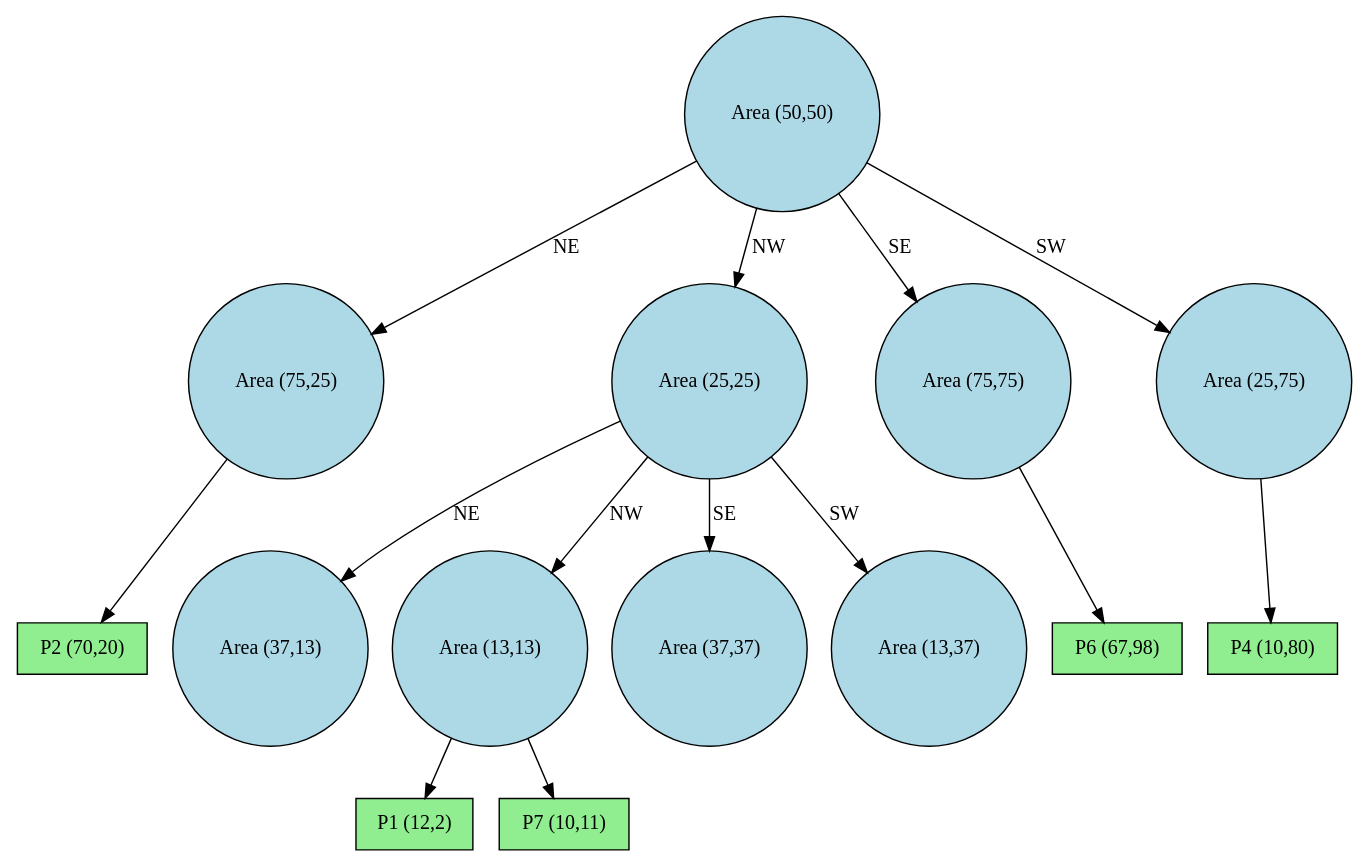
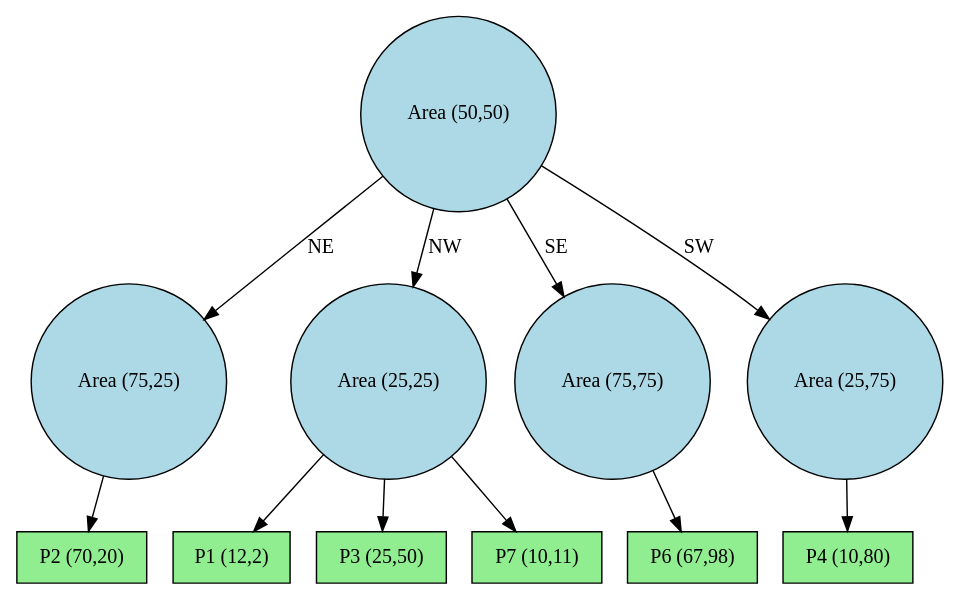
One commit to ParasyteGS/Proyecto-Final-Algoritmos changed the diagram in quadtree_proyect_2.dot. Above: the diagram before and after it, drawn with Graphviz. The commit also changed 4 other files, not shown here.

```diff
--- a/quadtree_proyect_2.dot
+++ b/quadtree_proyect_2.dot
@@ -1,29 +1,23 @@
 digraph QuadTree {
 node0 [label="Area (50,50)", shape=circle, style=filled, fillcolor=lightblue];
 node1 [label="Area (75,25)", shape=circle, style=filled, fillcolor=lightblue];
-node15 [label="P2 (70,20)", shape=box, style=filled, fillcolor=lightgreen];
-node1 -> node15;
+node12 [label="P2 (70,20)", shape=box, style=filled, fillcolor=lightgreen];
+node1 -> node12;
 node2 [label="Area (25,25)", shape=circle, style=filled, fillcolor=lightblue];
-node5 [label="Area (37,13)", shape=circle, style=filled, fillcolor=lightblue];
-node6 [label="Area (13,13)", shape=circle, style=filled, fillcolor=lightblue];
-node16 [label="P1 (12,2)", shape=box, style=filled, fillcolor=lightgreen];
-node6 -> node16;
-node17 [label="P7 (10,11)", shape=box, style=filled, fillcolor=lightgreen];
-node6 -> node17;
-node7 [label="Area (37,37)", shape=circle, style=filled, fillcolor=lightblue];
-node8 [label="Area (13,37)", shape=circle, style=filled, fillcolor=lightblue];
-node2 -> node5 [label="NE"];
-node2 -> node6 [label="NW"];
-node2 -> node7 [label="SE"];
-node2 -> node8 [label="SW"];
+node13 [label="P1 (12,2)", shape=box, style=filled, fillcolor=lightgreen];
+node2 -> node13;
+node14 [label="P3 (25,50)", shape=box, style=filled, fillcolor=lightgreen];
+node2 -> node14;
+node15 [label="P7 (10,11)", shape=box, style=filled, fillcolor=lightgreen];
+node2 -> node15;
 node3 [label="Area (75,75)", shape=circle, style=filled, fillcolor=lightblue];
-node18 [label="P6 (67,98)", shape=box, style=filled, fillcolor=lightgreen];
-node3 -> node18;
+node16 [label="P6 (67,98)", shape=box, style=filled, fillcolor=lightgreen];
+node3 -> node16;
 node4 [label="Area (25,75)", shape=circle, style=filled, fillcolor=lightblue];
-node19 [label="P4 (10,80)", shape=box, style=filled, fillcolor=lightgreen];
-node4 -> node19;
+node17 [label="P4 (10,80)", shape=box, style=filled, fillcolor=lightgreen];
+node4 -> node17;
 node0 -> node1 [label="NE"];
 node0 -> node2 [label="NW"];
 node0 -> node3 [label="SE"];
 node0 -> node4 [label="SW"];
 }
```
